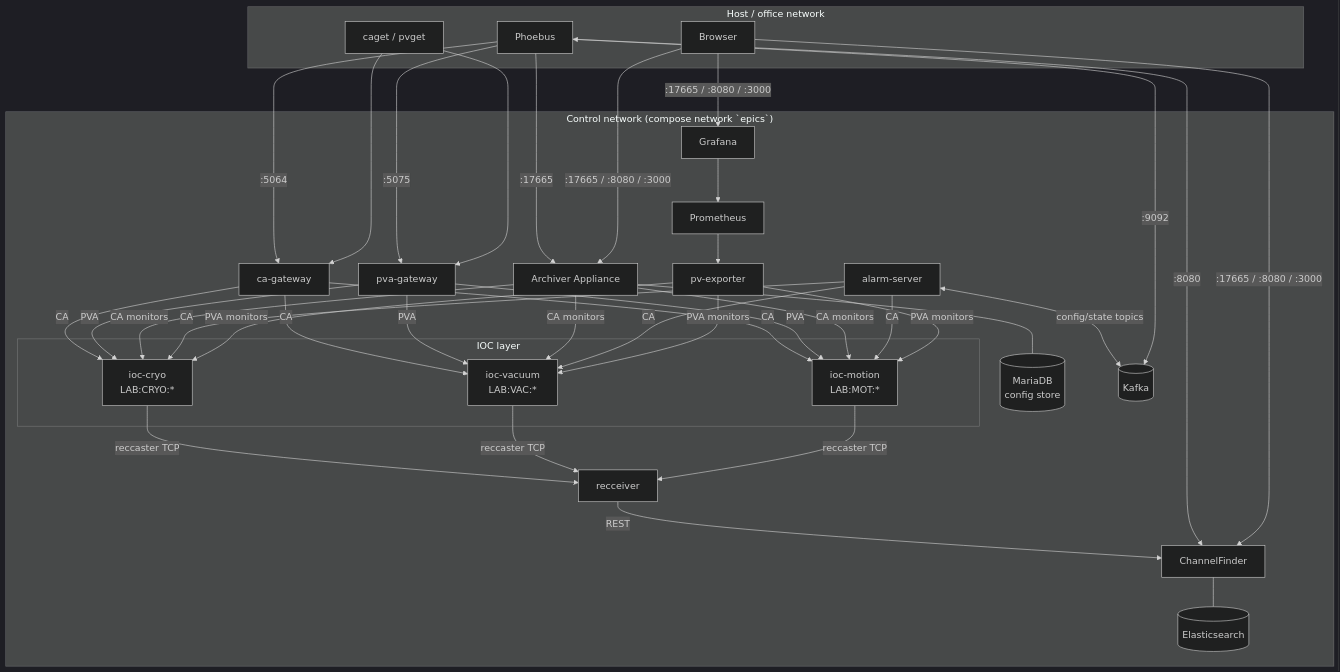
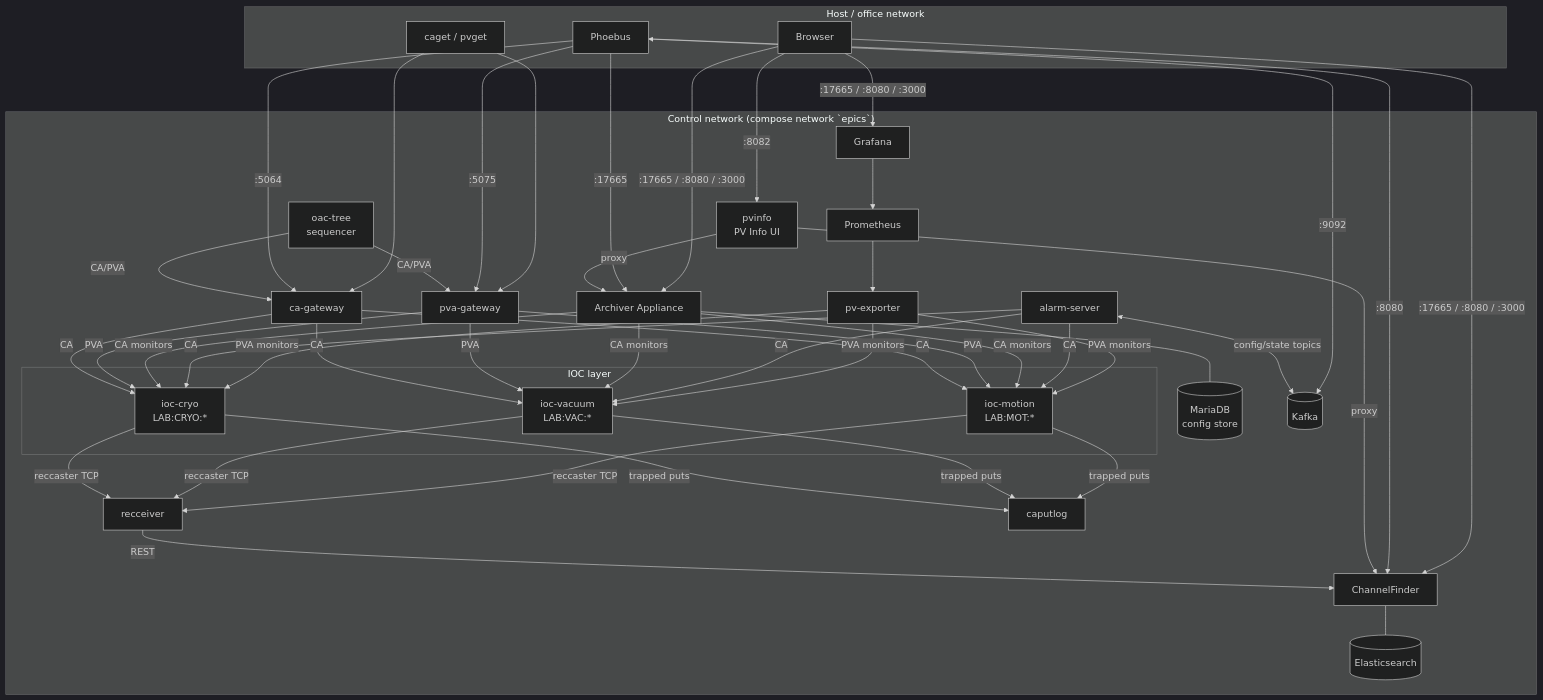
One commit to nusaqib/epics-lab changed the diagram in docs/architecture.md. Above: the diagram before and after it, drawn with Mermaid (dark theme). The commit also changed 4 other files, not shown here.

First line of the commit message:
Documentation refresh: diagrams, runbook, CI coverage for new services

````diff
--- a/docs/architecture.md
+++ b/docs/architecture.md
@@ -10,47 +10,54 @@
 ```mermaid
 graph TB
     subgraph "Control network (compose network `epics`)"
         subgraph "IOC layer"
             C[ioc-cryo<br/>LAB:CRYO:*]
             V[ioc-vacuum<br/>LAB:VAC:*]
             M[ioc-motion<br/>LAB:MOT:*]
         end
         CAGW[ca-gateway]
         PVAGW[pva-gateway]
         AA[Archiver Appliance]
         DB[(MariaDB<br/>config store)]
         AS[alarm-server]
         K[(Kafka)]
         CF[ChannelFinder]
         ES[(Elasticsearch)]
         RS[recceiver]
+        PVI[pvinfo<br/>PV Info UI]
+        CPL[caputlog]
+        OAC[oac-tree<br/>sequencer]
         PE[pv-exporter]
         PR[Prometheus]
         GR[Grafana]
     end
     subgraph "Host / office network"
         PH[Phoebus]
         CLI[caget / pvget]
         WEB[Browser]
     end
 
     CAGW -->|CA| C & V & M
     PVAGW -->|PVA| C & V & M
     AA -->|CA monitors| C & V & M
     AA --- DB
     AS -->|CA| C & V & M
     AS <-->|config/state topics| K
     C & V & M -->|reccaster TCP| RS
     RS -->|REST| CF
     CF --- ES
+    PVI -->|proxy| CF & AA
+    C & V & M -->|trapped puts| CPL
+    OAC -->|CA/PVA| CAGW & PVAGW
     PE -->|PVA monitors| C & V & M
     PR --> PE
     GR --> PR
     PH -->|:5064| CAGW
     PH -->|:5075| PVAGW
     PH <-->|:9092| K
     PH -->|:17665| AA
     CLI --> CAGW & PVAGW
     PH -->|:8080| CF
     WEB -->|:17665 / :8080 / :3000| AA & CF & GR
+    WEB -->|:8082| PVI
 ```
````
